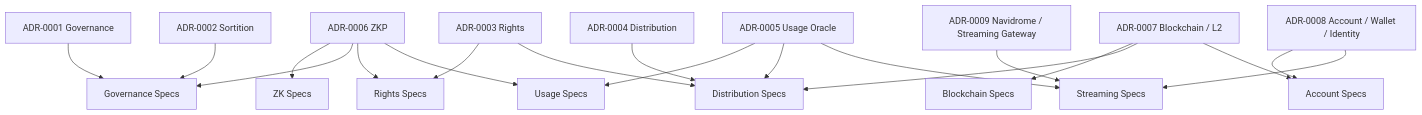
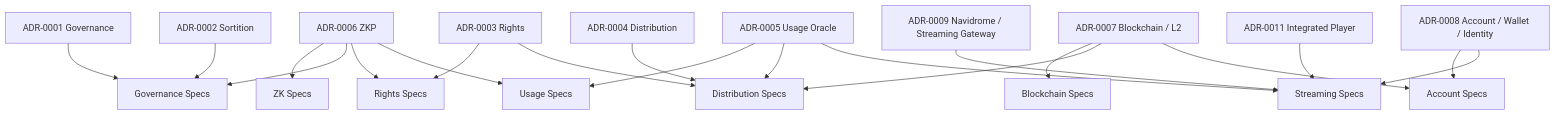
Before and after one commit to ShigeichiroYamasaki/creator-first-platform: the fifth of 5 diagrams in docs/protocol/index.md, drawn with Mermaid. The commit also changed other lines of this file and 16 other files, not shown here.

Commit message:
docs: define integrated Navidrome player

````diff
--- a/docs/protocol/index.md
+++ b/docs/protocol/index.md
@@ -493,32 +500,34 @@
 ```mermaid
 flowchart TD
     ADR1[ADR-0001 Governance]
     ADR2[ADR-0002 Sortition]
     ADR3[ADR-0003 Rights]
     ADR4[ADR-0004 Distribution]
     ADR5[ADR-0005 Usage Oracle]
     ADR6[ADR-0006 ZKP]
     ADR7[ADR-0007 Blockchain / L2]
     ADR8[ADR-0008 Account / Wallet / Identity]
     ADR9[ADR-0009 Navidrome / Streaming Gateway]
+    ADR11[ADR-0011 Integrated Player]
 
     ADR1 --> GOV[Governance Specs]
     ADR2 --> GOV
     ADR3 --> RIGHTS[Rights Specs]
     ADR4 --> DIST[Distribution Specs]
     ADR5 --> USAGE[Usage Specs]
     ADR6 --> ZK[ZK Specs]
     ADR7 --> CHAIN[Blockchain Specs]
     ADR8 --> ACCOUNT[Account Specs]
     ADR9 --> STREAM[Streaming Specs]
+    ADR11 --> STREAM
 
     ADR3 --> DIST
     ADR5 --> DIST
     ADR6 --> GOV
     ADR6 --> RIGHTS
     ADR6 --> USAGE
     ADR7 --> DIST
     ADR7 --> ACCOUNT
     ADR8 --> STREAM
     ADR5 --> STREAM
 ```
````
